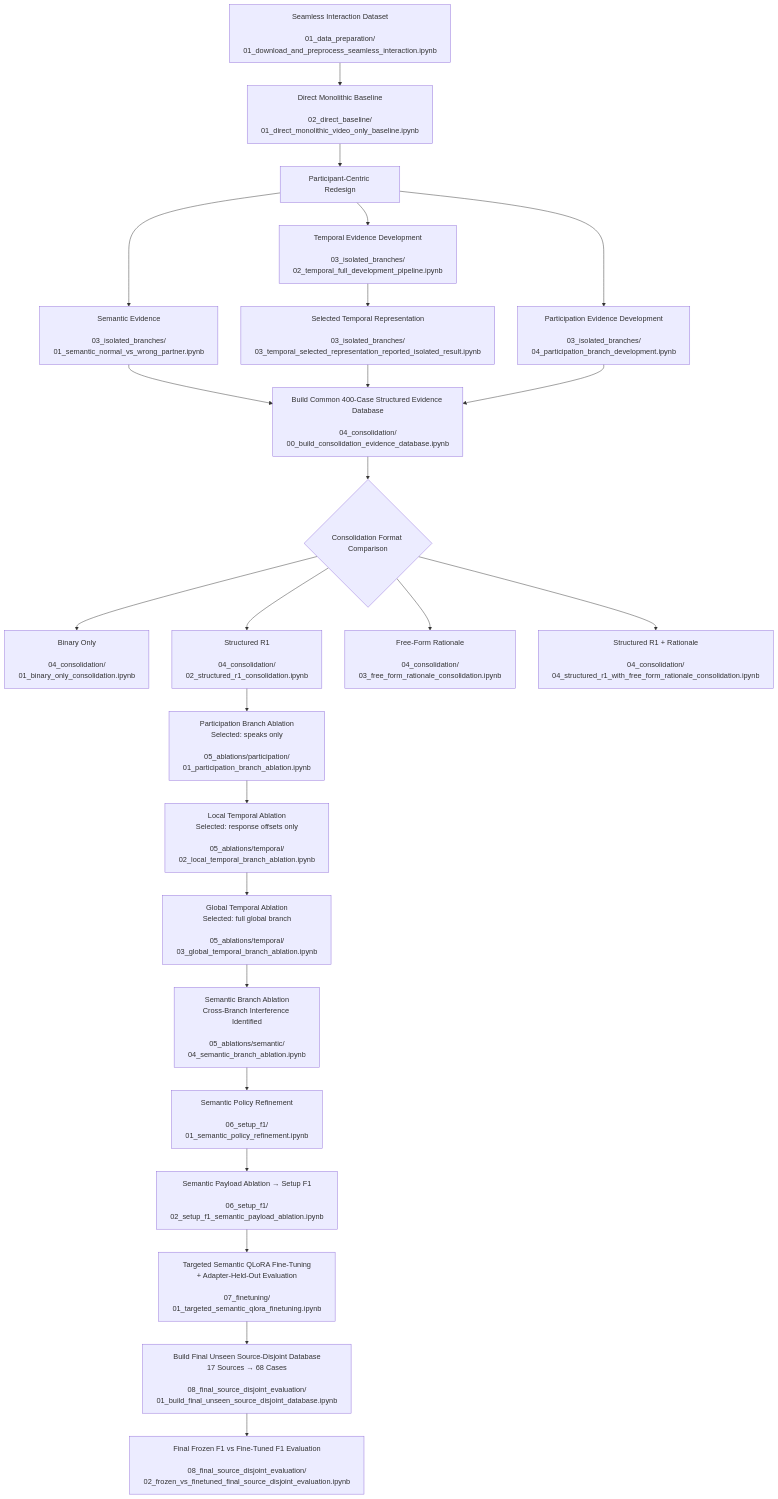
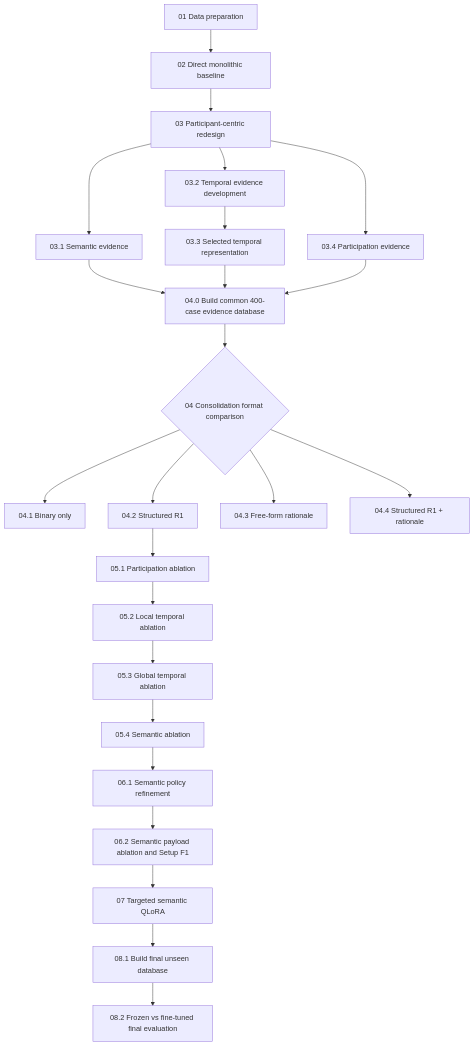
The diagram in README.md (paraskevasvga/Thesis-participant-centric-conversation-anomaly-detection), drawn with Mermaid before and after one commit. The commit also changed other lines of this file, not shown here.

Commit message:
Refine README pipeline and notebook mapping

````diff
--- a/README.md
+++ b/README.md
@@ -21,51 +21,37 @@
 ```mermaid
 flowchart TD
 
-    A["Seamless Interaction Dataset<br/><br/>01_data_preparation/<br/>01_download_and_preprocess_seamless_interaction.ipynb"]
+    A["01 Data preparation"] --> B["02 Direct monolithic baseline"]
 
-    A --> B["Direct Monolithic Baseline<br/><br/>02_direct_baseline/<br/>01_direct_monolithic_video_only_baseline.ipynb"]
+    B --> C["03 Participant-centric redesign"]
 
-    B --> C["Participant-Centric Redesign"]
+    C --> S["03.1 Semantic evidence"]
+    C --> T1["03.2 Temporal evidence development"]
+    C --> P["03.4 Participation evidence"]
 
-    C --> S1["Semantic Evidence<br/><br/>03_isolated_branches/<br/>01_semantic_normal_vs_wrong_partner.ipynb"]
+    T1 --> T2["03.3 Selected temporal representation"]
 
-    C --> T1["Temporal Evidence Development<br/><br/>03_isolated_branches/<br/>02_temporal_full_development_pipeline.ipynb"]
+    S --> DB["04.0 Build common 400-case evidence database"]
+    T2 --> DB
+    P --> DB
 
-    T1 --> T2["Selected Temporal Representation<br/><br/>03_isolated_branches/<br/>03_temporal_selected_representation_reported_isolated_result.ipynb"]
+    DB --> CF{"04 Consolidation format comparison"}
 
-    C --> P1["Participation Evidence Development<br/><br/>03_isolated_branches/<br/>04_participation_branch_development.ipynb"]
+    CF --> C1["04.1 Binary only"]
+    CF --> C2["04.2 Structured R1"]
+    CF --> C3["04.3 Free-form rationale"]
+    CF --> C4["04.4 Structured R1 + rationale"]
 
-    S1 --> DB
-    T2 --> DB
-    P1 --> DB
+    C2 --> A1["05.1 Participation ablation"]
+    A1 --> A2["05.2 Local temporal ablation"]
+    A2 --> A3["05.3 Global temporal ablation"]
+    A3 --> A4["05.4 Semantic ablation"]
 
-    DB["Build Common 400-Case Structured Evidence Database<br/><br/>04_consolidation/<br/>00_build_consolidation_evidence_database.ipynb"]
+    A4 --> R["06.1 Semantic policy refinement"]
+    R --> F1["06.2 Semantic payload ablation and Setup F1"]
 
-    DB --> CF{"Consolidation Format Comparison"}
+    F1 --> FT["07 Targeted semantic QLoRA"]
 
-    CF --> C1["Binary Only<br/><br/>04_consolidation/<br/>01_binary_only_consolidation.ipynb"]
-
-    CF --> C2["Structured R1<br/><br/>04_consolidation/<br/>02_structured_r1_consolidation.ipynb"]
-
-    CF --> C3["Free-Form Rationale<br/><br/>04_consolidation/<br/>03_free_form_rationale_consolidation.ipynb"]
-
-    CF --> C4["Structured R1 + Rationale<br/><br/>04_consolidation/<br/>04_structured_r1_with_free_form_rationale_consolidation.ipynb"]
-
-    C2 --> A1["Participation Branch Ablation<br/>Selected: speaks only<br/><br/>05_ablations/participation/<br/>01_participation_branch_ablation.ipynb"]
-
-    A1 --> A2["Local Temporal Ablation<br/>Selected: response offsets only<br/><br/>05_ablations/temporal/<br/>02_local_temporal_branch_ablation.ipynb"]
-
-    A2 --> A3["Global Temporal Ablation<br/>Selected: full global branch<br/><br/>05_ablations/temporal/<br/>03_global_temporal_branch_ablation.ipynb"]
-
-    A3 --> A4["Semantic Branch Ablation<br/>Cross-Branch Interference Identified<br/><br/>05_ablations/semantic/<br/>04_semantic_branch_ablation.ipynb"]
-
-    A4 --> R1["Semantic Policy Refinement<br/><br/>06_setup_f1/<br/>01_semantic_policy_refinement.ipynb"]
-
-    R1 --> F1["Semantic Payload Ablation → Setup F1<br/><br/>06_setup_f1/<br/>02_setup_f1_semantic_payload_ablation.ipynb"]
-
-    F1 --> FT["Targeted Semantic QLoRA Fine-Tuning<br/>+ Adapter-Held-Out Evaluation<br/><br/>07_finetuning/<br/>01_targeted_semantic_qlora_finetuning.ipynb"]
-
-    FT --> U1["Build Final Unseen Source-Disjoint Database<br/>17 Sources → 68 Cases<br/><br/>08_final_source_disjoint_evaluation/<br/>01_build_final_unseen_source_disjoint_database.ipynb"]
-
-    U1 --> U2["Final Frozen F1 vs Fine-Tuned F1 Evaluation<br/><br/>08_final_source_disjoint_evaluation/<br/>02_frozen_vs_finetuned_final_source_disjoint_evaluation.ipynb"]
+    FT --> U1["08.1 Build final unseen database"]
+    U1 --> U2["08.2 Frozen vs fine-tuned final evaluation"]
 ```
````
